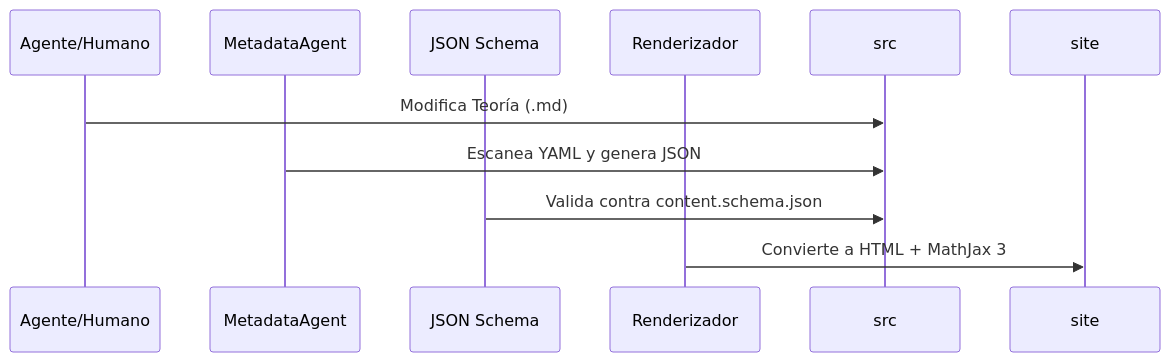
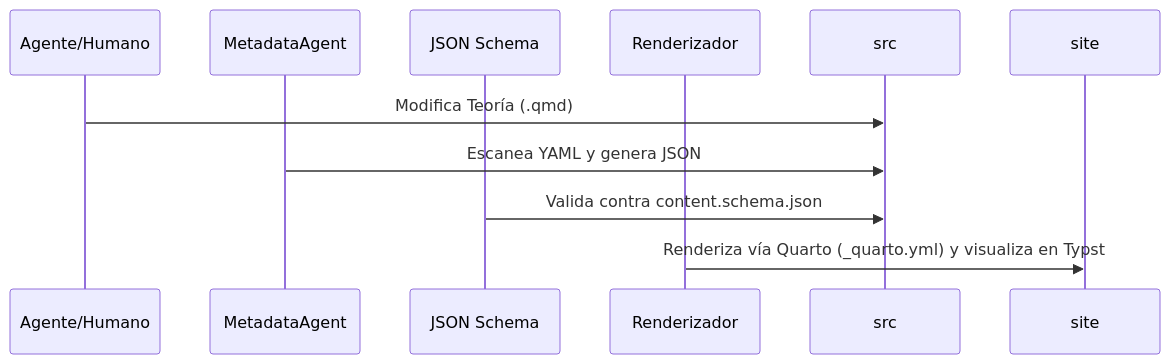
Before and after one commit to NeruDev/Polaris-Kernel: the second of 2 diagrams in docs/ARQUITECTURE.md, drawn with Mermaid. The commit also changed other lines of this file and 104 other files, not shown here.

````diff
--- a/docs/ARQUITECTURE.md
+++ b/docs/ARQUITECTURE.md
@@ -59,12 +59,12 @@
 ```mermaid
 sequenceDiagram
     participant Dev as Agente/Humano
     participant Meta as MetadataAgent
     participant Schema as JSON Schema
     participant Site as Renderizador
 
-    Dev->>src: Modifica Teoría (.md)
+    Dev->>src: Modifica Teoría (.qmd)
     Meta->>src: Escanea YAML y genera JSON
     Schema->>src: Valida contra content.schema.json
-    Site->>site: Convierte a HTML + MathJax 3
+    Site->>site: Renderiza vía Quarto (_quarto.yml) y visualiza en Typst
 ```
````
